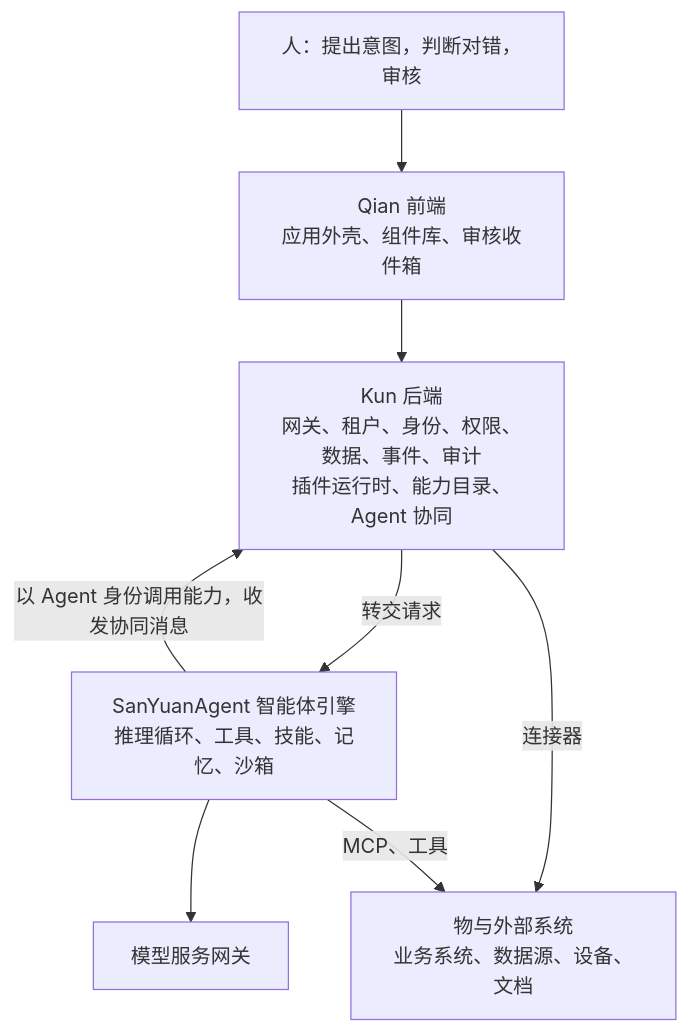
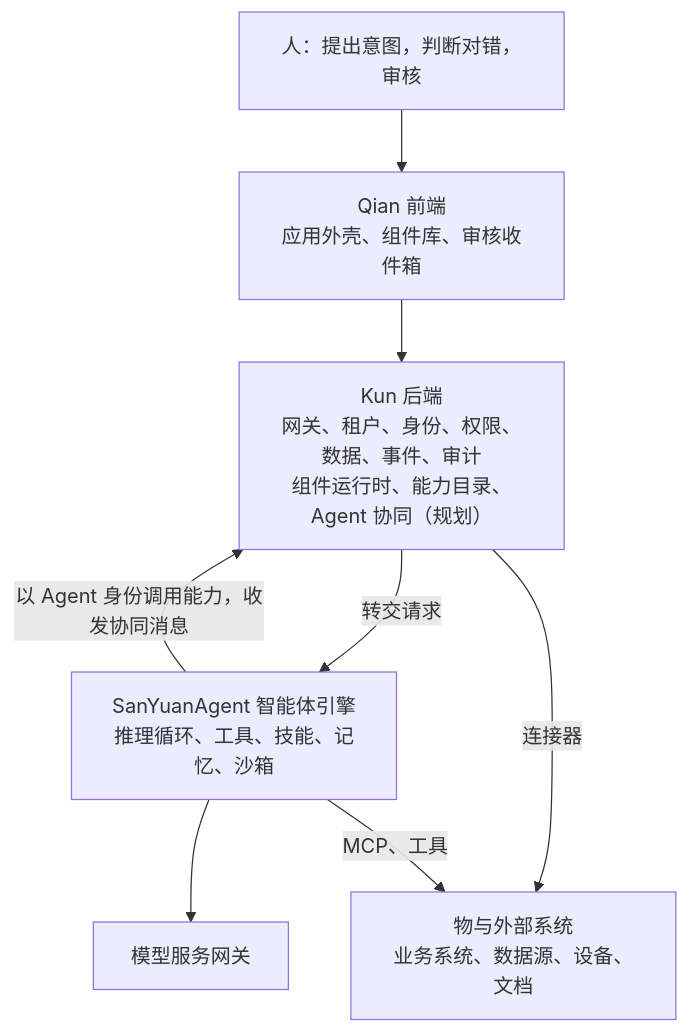
One commit to CavaiLAB/jiangxin changed the diagram in README.md. Above: the diagram before and after it, drawn with Mermaid. The commit also changed other lines of this file and 11 other files, not shown here.

First line of the commit message:
docs: 按已接受的合并蓝图与审阅意见修订，补三种形态与平台级裁定

````diff
--- a/README.md
+++ b/README.md
@@ -39,17 +51,17 @@
 ```mermaid
 flowchart TB
   P["人：提出意图，判断对错，审核"]
   Q["Qian 前端<br/>应用外壳、组件库、审核收件箱"]
-  K["Kun 后端<br/>网关、租户、身份、权限、数据、事件、审计<br/>插件运行时、能力目录、Agent 协同"]
+  K["Kun 后端<br/>网关、租户、身份、权限、数据、事件、审计<br/>组件运行时、能力目录、Agent 协同（规划）"]
   S["SanYuanAgent 智能体引擎<br/>推理循环、工具、技能、记忆、沙箱"]
   M["模型服务网关"]
   E["物与外部系统<br/>业务系统、数据源、设备、文档"]
 
   P --> Q
   Q --> K
   K -->|"转交请求"| S
   S -->|"以 Agent 身份调用能力，收发协同消息"| K
   S --> M
   K -->|"连接器"| E
   S -->|"MCP、工具"| E
 ```
````
